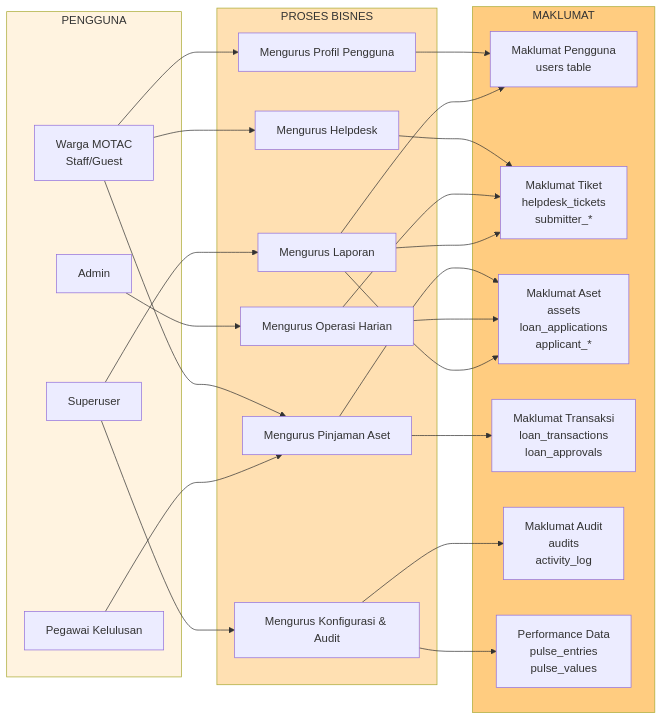
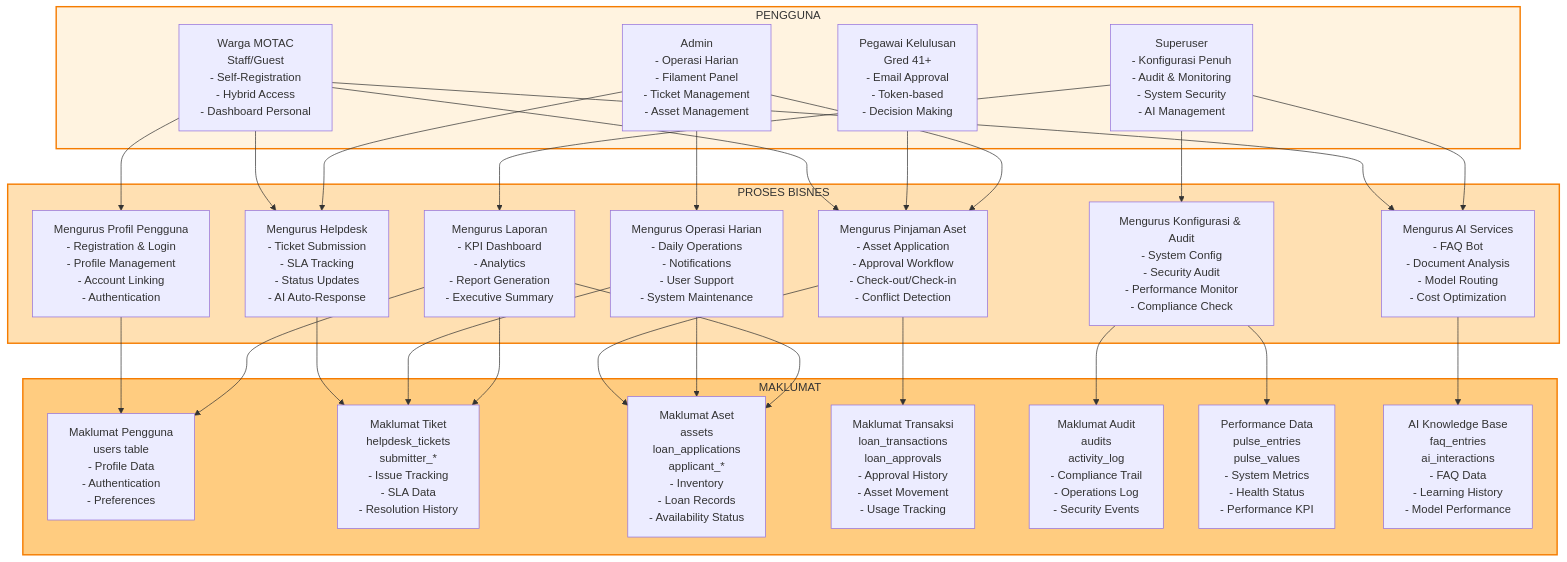
The third of 7 diagrams in docs/KRISA/D02_KRISA_ICTSERVE_SPESIFIKASI_KEPERLUAN_BISNES.md (IzzatFirdaus/ictserve-031125), drawn with Mermaid before and after one commit. The commit also changed other lines of this file and 2 other files, not shown here.

Commit message:
docs(krisa): update core system documentation

````diff
--- a/docs/KRISA/D02_KRISA_ICTSERVE_SPESIFIKASI_KEPERLUAN_BISNES.md
+++ b/docs/KRISA/D02_KRISA_ICTSERVE_SPESIFIKASI_KEPERLUAN_BISNES.md
@@ -332,51 +366,58 @@
 ```mermaid
-graph LR
+flowchart TD
     subgraph PENGGUNA["PENGGUNA"]
-        U1[Warga MOTAC<br/>Staff/Guest]
-        U2[Pegawai Kelulusan]
-        U3[Admin]
-        U4[Superuser]
+        U1[Warga MOTAC<br/>Staff/Guest<br/>- Self-Registration<br/>- Hybrid Access<br/>- Dashboard Personal]
+        U2[Pegawai Kelulusan<br/>Gred 41+<br/>- Email Approval<br/>- Token-based<br/>- Decision Making]
+        U3[Admin<br/>- Operasi Harian<br/>- Filament Panel<br/>- Ticket Management<br/>- Asset Management]
+        U4[Superuser<br/>- Konfigurasi Penuh<br/>- Audit & Monitoring<br/>- System Security<br/>- AI Management]
     end
     
     subgraph PROSES["PROSES BISNES"]
-        P1[Mengurus Profil Pengguna]
-        P2[Mengurus Helpdesk]
-        P3[Mengurus Pinjaman Aset]
-        P4[Mengurus Operasi Harian]
-        P5[Mengurus Konfigurasi & Audit]
-        P6[Mengurus Laporan]
+        P1[Mengurus Profil Pengguna<br/>- Registration & Login<br/>- Profile Management<br/>- Account Linking<br/>- Authentication]
+        P2[Mengurus Helpdesk<br/>- Ticket Submission<br/>- SLA Tracking<br/>- Status Updates<br/>- AI Auto-Response]
+        P3[Mengurus Pinjaman Aset<br/>- Asset Application<br/>- Approval Workflow<br/>- Check-out/Check-in<br/>- Conflict Detection]
+        P4[Mengurus Operasi Harian<br/>- Daily Operations<br/>- Notifications<br/>- User Support<br/>- System Maintenance]
+        P5[Mengurus Konfigurasi & Audit<br/>- System Config<br/>- Security Audit<br/>- Performance Monitor<br/>- Compliance Check]
+        P6[Mengurus Laporan<br/>- KPI Dashboard<br/>- Analytics<br/>- Report Generation<br/>- Executive Summary]
+        P7[Mengurus AI Services<br/>- FAQ Bot<br/>- Document Analysis<br/>- Model Routing<br/>- Cost Optimization]
     end
     
     subgraph MAKLUMAT["MAKLUMAT"]
-        M1[Maklumat Pengguna<br/>users table]
-        M2[Maklumat Tiket<br/>helpdesk_tickets<br/>submitter_*]
-        M3[Maklumat Aset<br/>assets<br/>loan_applications<br/>applicant_*]
-        M4[Maklumat Transaksi<br/>loan_transactions<br/>loan_approvals]
-        M5[Maklumat Audit<br/>audits<br/>activity_log]
-        M6[Performance Data<br/>pulse_entries<br/>pulse_values]
+        M1[Maklumat Pengguna<br/>users table<br/>- Profile Data<br/>- Authentication<br/>- Preferences]
+        M2[Maklumat Tiket<br/>helpdesk_tickets<br/>submitter_*<br/>- Issue Tracking<br/>- SLA Data<br/>- Resolution History]
+        M3[Maklumat Aset<br/>assets<br/>loan_applications<br/>applicant_*<br/>- Inventory<br/>- Loan Records<br/>- Availability Status]
+        M4[Maklumat Transaksi<br/>loan_transactions<br/>loan_approvals<br/>- Approval History<br/>- Asset Movement<br/>- Usage Tracking]
+        M5[Maklumat Audit<br/>audits<br/>activity_log<br/>- Compliance Trail<br/>- Operations Log<br/>- Security Events]
+        M6[Performance Data<br/>pulse_entries<br/>pulse_values<br/>- System Metrics<br/>- Health Status<br/>- Performance KPI]
+        M7[AI Knowledge Base<br/>faq_entries<br/>ai_interactions<br/>- FAQ Data<br/>- Learning History<br/>- Model Performance]
     end
     
     U1 --> P1
     U1 --> P2
     U1 --> P3
+    U1 --> P7
     U2 --> P3
     U3 --> P4
+    U3 --> P2
+    U3 --> P3
     U4 --> P5
     U4 --> P6
+    U4 --> P7
     
     P1 --> M1
     P2 --> M2
     P3 --> M3
     P3 --> M4
     P4 --> M2
     P4 --> M3
     P5 --> M5
     P5 --> M6
     P6 --> M1
     P6 --> M2
     P6 --> M3
+    P7 --> M7
     
-    style PENGGUNA fill:#fff3e0
-    style PROSES fill:#ffe0b2
-    style MAKLUMAT fill:#ffcc80
+    style PENGGUNA fill:#fff3e0,stroke:#f57c00,stroke-width:2px
+    style PROSES fill:#ffe0b2,stroke:#f57c00,stroke-width:2px
+    style MAKLUMAT fill:#ffcc80,stroke:#f57c00,stroke-width:2px
 ```
````
